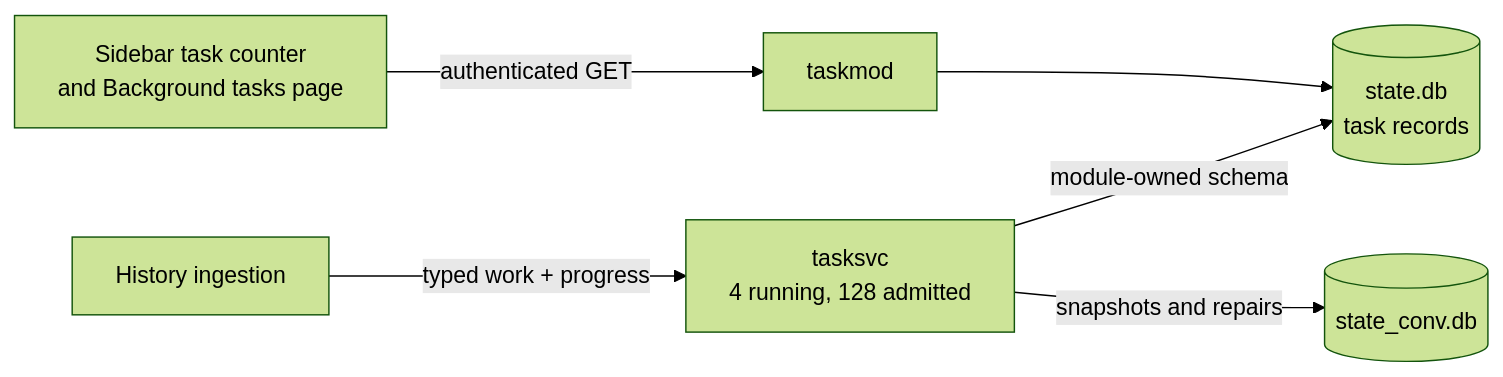
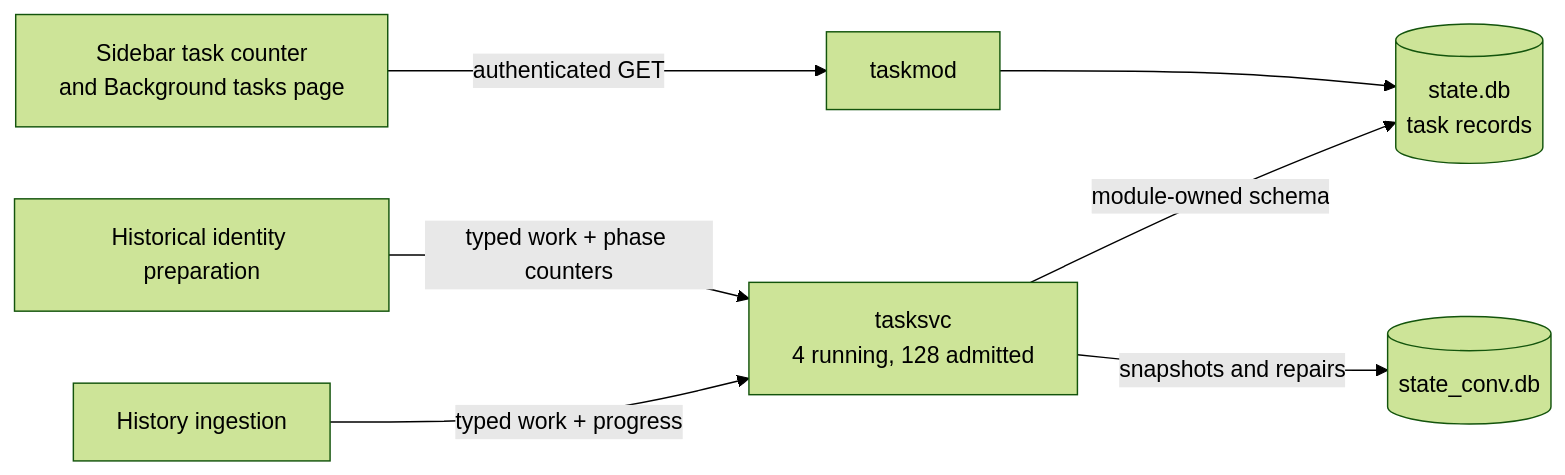
Before and after one commit to ocman/ocman: the eighth of 13 diagrams in docs/other/architecture.md, drawn with Mermaid (forest theme). The commit also changed other lines of this file and 34 other files, not shown here.

First line of the commit message:
fix(startup): defer historical session preparation

````diff
--- a/docs/other/architecture.md
+++ b/docs/other/architecture.md
@@ -832,8 +856,9 @@
 ```mermaid
 flowchart LR
     Import[History ingestion] -->|typed work + progress| Manager[tasksvc<br/>4 running, 128 admitted]
+    Prepare[Historical identity preparation] -->|typed work + phase counters| Manager
     Manager -->|module-owned schema| State[(state.db<br/>task records)]
     Browser[Sidebar task counter<br/>and Background tasks page] -->|authenticated GET| API[taskmod]
     API --> State
     Manager -->|snapshots and repairs| History[(state_conv.db)]
 ```
````
